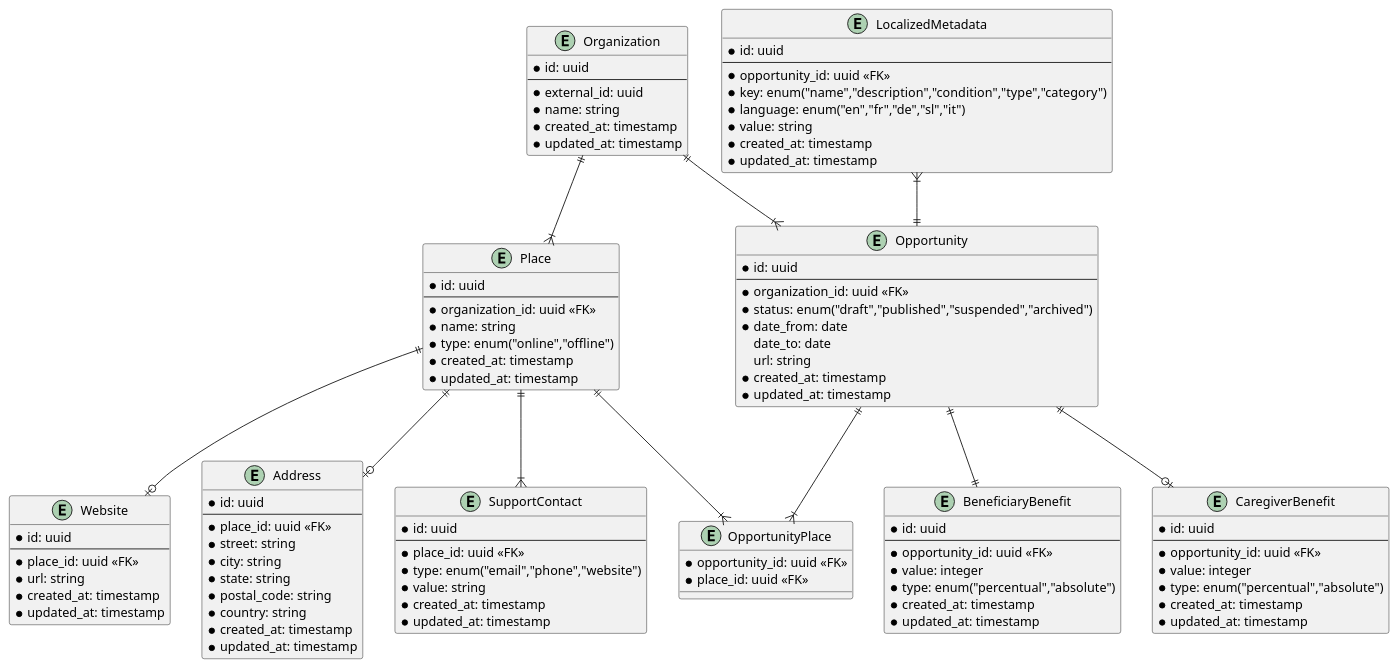
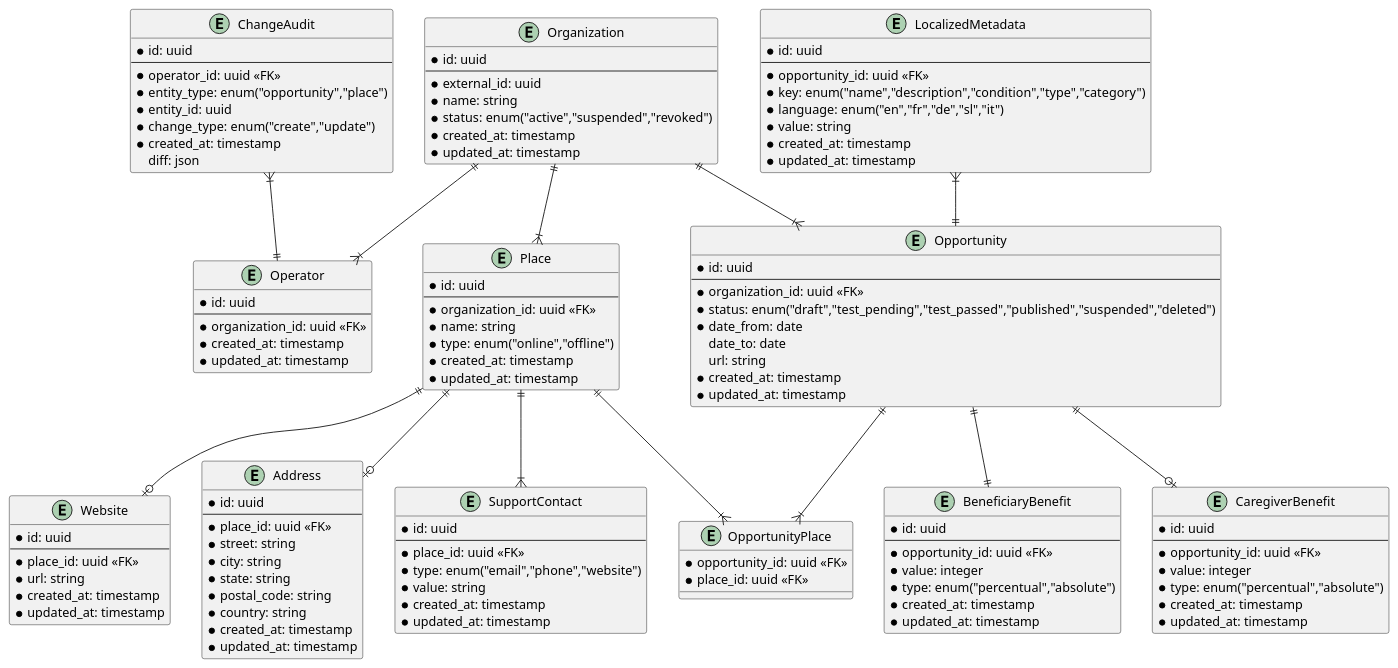
The diagram in docs/backoffice/er.puml (pagopa/io-growth), drawn with PlantUML before and after one commit.

Commit message:
(doc): added entities and fields

```diff
--- a/docs/backoffice/er.puml
+++ b/docs/backoffice/er.puml
@@ -1,113 +1,135 @@
 @startuml ced_er_diagram
 
 entity Organization {
     * id: uuid
     --
     * external_id: uuid
     * name: string
+    * status: enum("active","suspended","revoked")
+    * created_at: timestamp
+    * updated_at: timestamp
+}
+
+entity Operator {
+    * id: uuid
+    --
+    * organization_id: uuid <<FK>>
     * created_at: timestamp
     * updated_at: timestamp
 }
 
 entity Place {
     * id: uuid
     --
     * organization_id: uuid <<FK>>
     * name: string
     * type: enum("online","offline")
     * created_at: timestamp
     * updated_at: timestamp
 }
 
 entity Website {
     * id: uuid
     --
     * place_id: uuid <<FK>>
     * url: string
     * created_at: timestamp
     * updated_at: timestamp
 }
 
 entity Address {
     * id: uuid
     --
     * place_id: uuid <<FK>>
     * street: string
     * city: string
     * state: string
     * postal_code: string
     * country: string
     * created_at: timestamp
     * updated_at: timestamp
 }
 
 entity SupportContact {
     * id: uuid
     --
     * place_id: uuid <<FK>>
     * type: enum("email","phone","website")
     * value: string
     * created_at: timestamp
     * updated_at: timestamp
 }
 
 entity OpportunityPlace {
     * opportunity_id: uuid <<FK>>
     * place_id: uuid <<FK>>
 }
 
 entity Opportunity {
     * id: uuid
     --
     * organization_id: uuid <<FK>>
-    * status: enum("draft","published","suspended","archived")
+    * status: enum("draft","test_pending","test_passed","published","suspended","deleted")
     * date_from: date
     date_to: date
     url: string
     * created_at: timestamp
     * updated_at: timestamp
 }
 
 entity BeneficiaryBenefit {
     * id: uuid
     --
     * opportunity_id: uuid <<FK>>
     * value: integer
     * type: enum("percentual","absolute")
     * created_at: timestamp
     * updated_at: timestamp
 }
 
 entity CaregiverBenefit {
     * id: uuid
     --
     * opportunity_id: uuid <<FK>>
     * value: integer
     * type: enum("percentual","absolute")
     * created_at: timestamp
     * updated_at: timestamp
 }
 
 entity LocalizedMetadata {
     * id: uuid
     --
     * opportunity_id: uuid <<FK>>
     * key: enum("name","description","condition","type","category")
     * language: enum("en","fr","de","sl","it")
     * value: string
     * created_at: timestamp
     * updated_at: timestamp
 }
 
+entity ChangeAudit {
+    * id: uuid
+    --
+    * operator_id: uuid <<FK>>
+    * entity_type: enum("opportunity","place")
+    * entity_id: uuid
+    * change_type: enum("create","update")
+    * created_at: timestamp
+    diff: json
+}
+
+ChangeAudit }|--|| Operator
+Organization ||--|{ Operator
 Organization ||--|{ Place
 Organization ||--|{ Opportunity
 Place ||--o| Address
 Place ||--o| Website
 Place ||--|{ SupportContact
 Place ||--|{ OpportunityPlace
 Opportunity ||--|{ OpportunityPlace
 LocalizedMetadata }|--|| Opportunity
 Opportunity ||--|| BeneficiaryBenefit
 Opportunity ||--o| CaregiverBenefit
 
 @enduml
```
